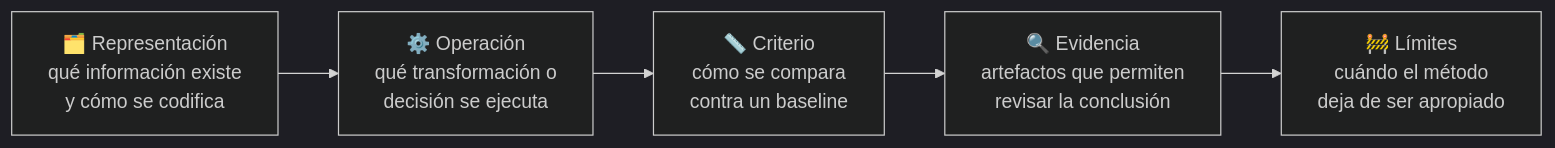
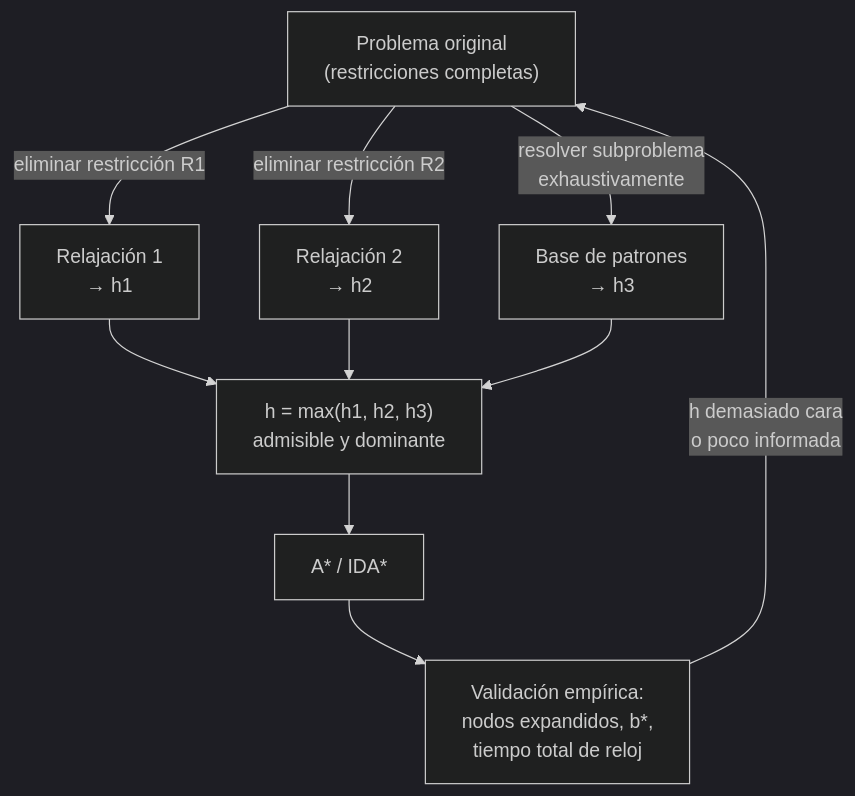
Before and after one commit to vladimiracunadev-create/artificial-intelligence-evolution-program: the diagram in classes/part-01-symbolic-ai-search-logic-and-planning/016-diseno-y-validacion-de-heuristicas/theory.md, drawn with Mermaid (dark theme). The commit also changed other lines of this file and 540 other files, not shown here.

````diff
--- a/classes/part-01-symbolic-ai-search-logic-and-planning/016-diseno-y-validacion-de-heuristicas/theory.md
+++ b/classes/part-01-symbolic-ai-search-logic-and-planning/016-diseno-y-validacion-de-heuristicas/theory.md
@@ -20,7 +87,12 @@
 ```mermaid
-flowchart LR
-    R["🗂️ Representación<br/>qué información existe<br/>y cómo se codifica"] --> O["⚙️ Operación<br/>qué transformación o<br/>decisión se ejecuta"]
-    O --> C["📏 Criterio<br/>cómo se compara<br/>contra un baseline"]
-    C --> E["🔍 Evidencia<br/>artefactos que permiten<br/>revisar la conclusión"]
-    E --> L["🚧 Límites<br/>cuándo el método<br/>deja de ser apropiado"]
+flowchart TD
+    P["Problema original<br/>(restricciones completas)"] -->|"eliminar restricción R1"| R1["Relajación 1<br/>→ h1"]
+    P -->|"eliminar restricción R2"| R2["Relajación 2<br/>→ h2"]
+    P -->|"resolver subproblema<br/>exhaustivamente"| PDB["Base de patrones<br/>→ h3"]
+    R1 --> M["h = max(h1, h2, h3)<br/>admisible y dominante"]
+    R2 --> M
+    PDB --> M
+    M --> A["A* / IDA*"]
+    A --> V["Validación empírica:<br/>nodos expandidos, b*,<br/>tiempo total de reloj"]
+    V -->|"h demasiado cara<br/>o poco informada"| P
 ```
````
